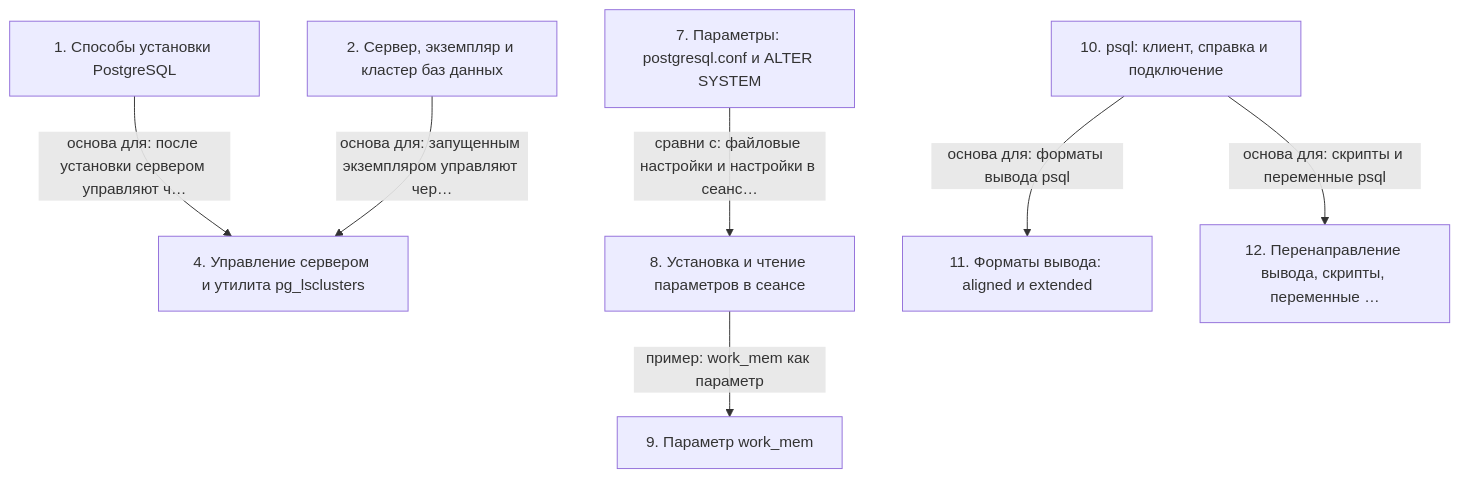
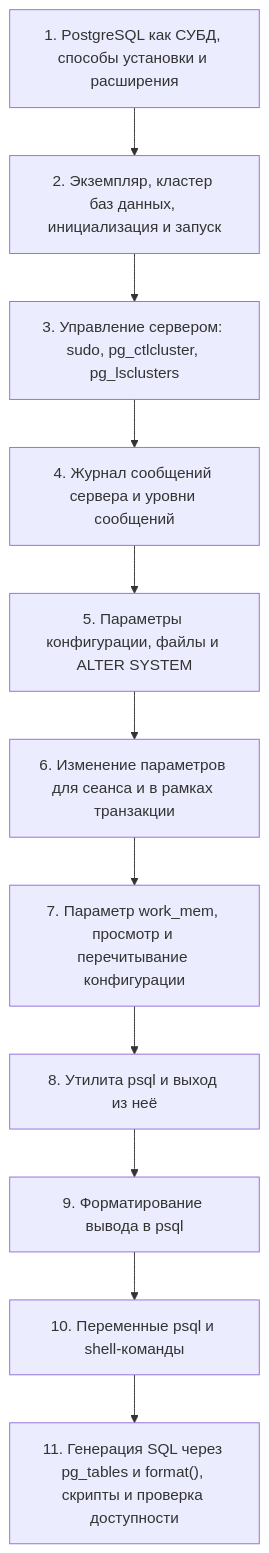
Before and after one commit to AsoloCode/notes: the diagram in postgres-dev1/02 - DEV1-16. 01. Установка и управление, psql/notes.md, drawn with Mermaid. The commit also changed other lines of this file and 503 other files, not shown here.

First line of the commit message:
Обновить конспекты PostgreSQL (QPT-16, DEV1-16): слайды, схемы, факт-чек

````diff
--- a/postgres-dev1/02 - DEV1-16. 01. Установка и управление, psql/notes.md
+++ b/postgres-dev1/02 - DEV1-16. 01. Установка и управление, psql/notes.md
@@ -146,18 +225,24 @@
 ```mermaid
 flowchart TD
-    n1["1. Способы установки PostgreSQL"]
-    n2["2. Сервер, экземпляр и кластер баз данных"]
-    n4["4. Управление сервером и утилита pg_lsclusters"]
-    n7["7. Параметры: postgresql.conf и ALTER SYSTEM"]
-    n8["8. Установка и чтение параметров в сеансе"]
-    n9["9. Параметр work_mem"]
-    n10["10. psql: клиент, справка и подключение"]
-    n11["11. Форматы вывода: aligned и extended"]
-    n12["12. Перенаправление вывода, скрипты, переменные …"]
-    n1 -->|основа для: после установки сервером управляют ч…| n4
-    n2 -->|основа для: запущенным экземпляром управляют чер…| n4
-    n7 -->|сравни с: файловые настройки и настройки в сеанс…| n8
-    n8 -->|пример: work_mem как параметр| n9
-    n10 -->|основа для: форматы вывода psql| n11
-    n10 -->|основа для: скрипты и переменные psql| n12
+    n1["1. PostgreSQL как СУБД, способы установки и расширения"]
+    n2["2. Экземпляр, кластер баз данных, инициализация и запуск"]
+    n3["3. Управление сервером: sudo, pg_ctlcluster, pg_lsclusters"]
+    n4["4. Журнал сообщений сервера и уровни сообщений"]
+    n5["5. Параметры конфигурации, файлы и ALTER SYSTEM"]
+    n6["6. Изменение параметров для сеанса и в рамках транзакции"]
+    n7["7. Параметр work_mem, просмотр и перечитывание конфигурации"]
+    n8["8. Утилита psql и выход из неё"]
+    n9["9. Форматирование вывода в psql"]
+    n10["10. Переменные psql и shell-команды"]
+    n11["11. Генерация SQL через pg_tables и format(), скрипты и проверка доступности"]
+    n1 --> n2
+    n2 --> n3
+    n3 --> n4
+    n4 --> n5
+    n5 --> n6
+    n6 --> n7
+    n7 --> n8
+    n8 --> n9
+    n9 --> n10
+    n10 --> n11
 ```
````
